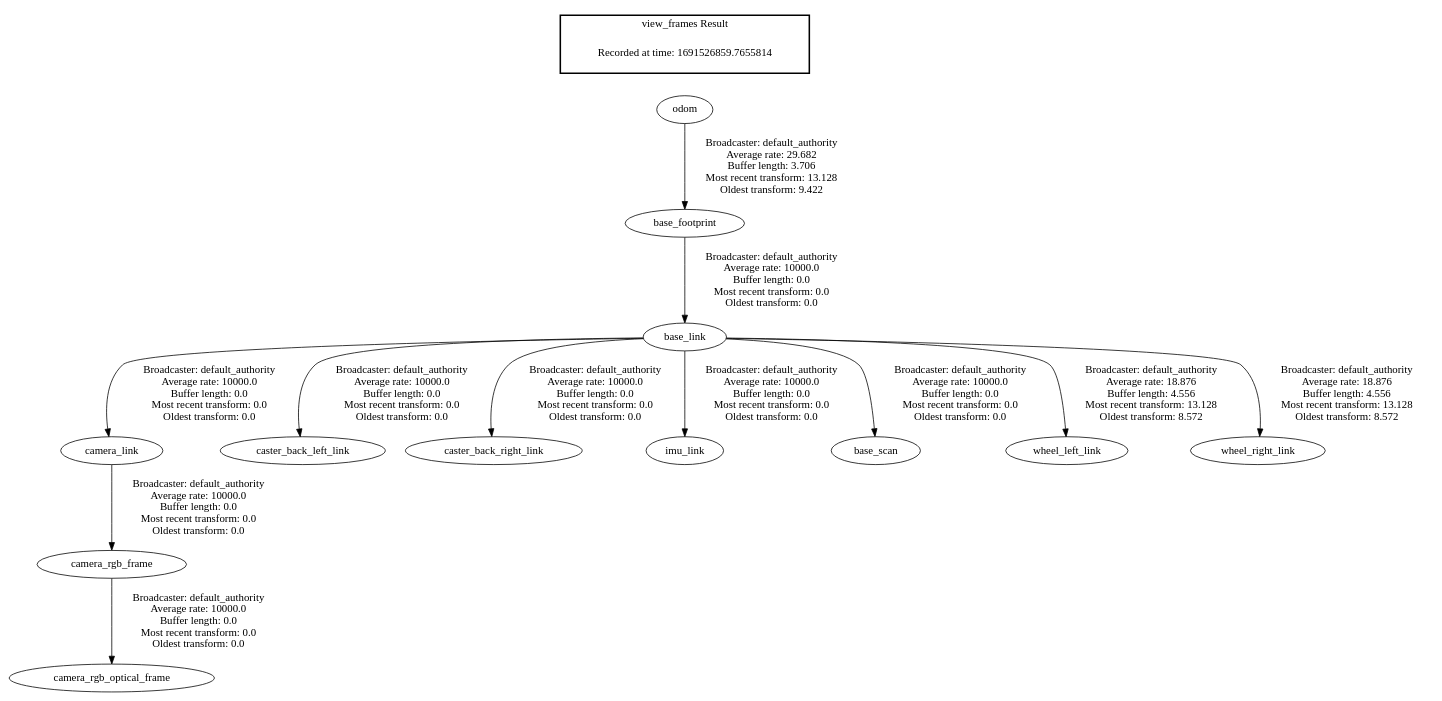
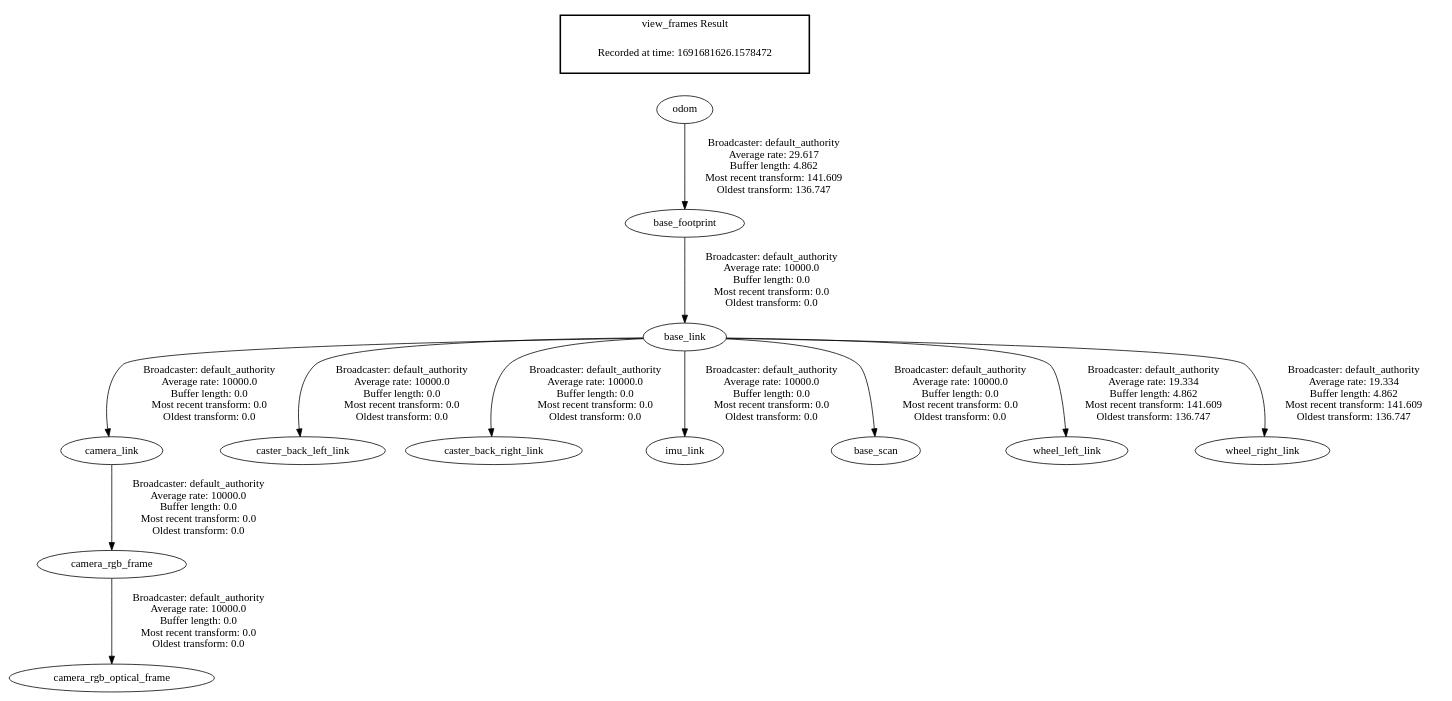
Before and after one commit to LuisMilczarek/AIC3_Robot: the diagram in frames.gv, drawn with Graphviz. The commit also changed 20 other files, not shown here.

```diff
--- a/frames.gv
+++ b/frames.gv
@@ -1,17 +1,17 @@
 digraph G {
+"odom" -> "base_footprint"[label=" Broadcaster: default_authority\nAverage rate: 29.617\nBuffer length: 4.862\nMost recent transform: 141.609\nOldest transform: 136.747\n"];
 "base_footprint" -> "base_link"[label=" Broadcaster: default_authority\nAverage rate: 10000.0\nBuffer length: 0.0\nMost recent transform: 0.0\nOldest transform: 0.0\n"];
-"odom" -> "base_footprint"[label=" Broadcaster: default_authority\nAverage rate: 29.682\nBuffer length: 3.706\nMost recent transform: 13.128\nOldest transform: 9.422\n"];
 "base_link" -> "camera_link"[label=" Broadcaster: default_authority\nAverage rate: 10000.0\nBuffer length: 0.0\nMost recent transform: 0.0\nOldest transform: 0.0\n"];
 "camera_link" -> "camera_rgb_frame"[label=" Broadcaster: default_authority\nAverage rate: 10000.0\nBuffer length: 0.0\nMost recent transform: 0.0\nOldest transform: 0.0\n"];
 "camera_rgb_frame" -> "camera_rgb_optical_frame"[label=" Broadcaster: default_authority\nAverage rate: 10000.0\nBuffer length: 0.0\nMost recent transform: 0.0\nOldest transform: 0.0\n"];
 "base_link" -> "caster_back_left_link"[label=" Broadcaster: default_authority\nAverage rate: 10000.0\nBuffer length: 0.0\nMost recent transform: 0.0\nOldest transform: 0.0\n"];
 "base_link" -> "caster_back_right_link"[label=" Broadcaster: default_authority\nAverage rate: 10000.0\nBuffer length: 0.0\nMost recent transform: 0.0\nOldest transform: 0.0\n"];
 "base_link" -> "imu_link"[label=" Broadcaster: default_authority\nAverage rate: 10000.0\nBuffer length: 0.0\nMost recent transform: 0.0\nOldest transform: 0.0\n"];
 "base_link" -> "base_scan"[label=" Broadcaster: default_authority\nAverage rate: 10000.0\nBuffer length: 0.0\nMost recent transform: 0.0\nOldest transform: 0.0\n"];
-"base_link" -> "wheel_left_link"[label=" Broadcaster: default_authority\nAverage rate: 18.876\nBuffer length: 4.556\nMost recent transform: 13.128\nOldest transform: 8.572\n"];
-"base_link" -> "wheel_right_link"[label=" Broadcaster: default_authority\nAverage rate: 18.876\nBuffer length: 4.556\nMost recent transform: 13.128\nOldest transform: 8.572\n"];
+"base_link" -> "wheel_left_link"[label=" Broadcaster: default_authority\nAverage rate: 19.334\nBuffer length: 4.862\nMost recent transform: 141.609\nOldest transform: 136.747\n"];
+"base_link" -> "wheel_right_link"[label=" Broadcaster: default_authority\nAverage rate: 19.334\nBuffer length: 4.862\nMost recent transform: 141.609\nOldest transform: 136.747\n"];
 edge [style=invis];
  subgraph cluster_legend { style=bold; color=black; label ="view_frames Result";
-"Recorded at time: 1691526859.7655814"[ shape=plaintext ] ;
+"Recorded at time: 1691681626.1578472"[ shape=plaintext ] ;
 }->"odom";
 }
```
